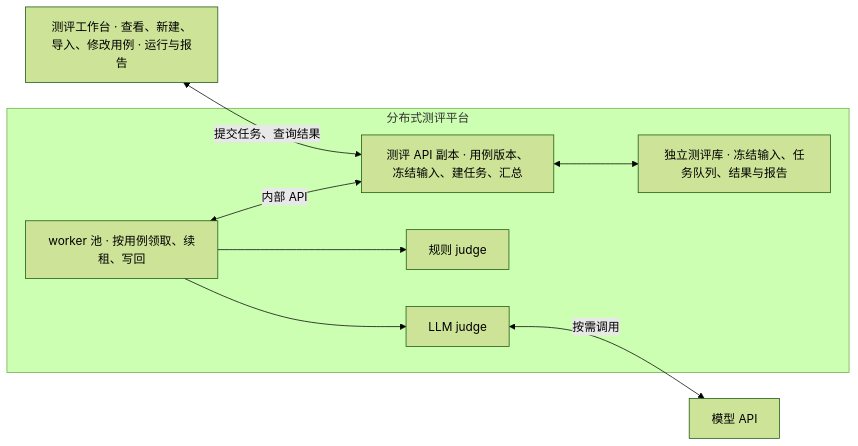
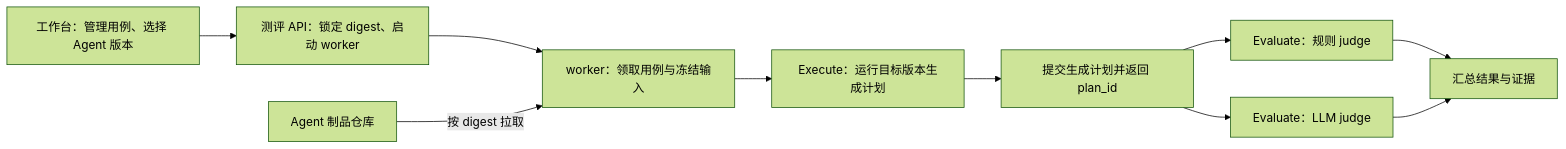
Before and after one commit to zhaochy1990/running: the first of 2 diagrams in docs/superpowers/specs/2026-11-23-offline-plan-eval.md, drawn with Mermaid (forest theme). The commit also changed other lines of this file and 1 other file, not shown here.

Commit message:
docs: 按指定 Coach Agent 版本执行生成后再进行双路评分

````diff
--- a/docs/superpowers/specs/2026-11-23-offline-plan-eval.md
+++ b/docs/superpowers/specs/2026-11-23-offline-plan-eval.md
@@ -38,17 +30,12 @@
 ```mermaid
 flowchart LR
-    UI["测评工作台 · 查看、新建、导入、修改用例 · 运行与报告"]
-    subgraph EVAL["分布式测评平台"]
-      API["测评 API 副本 · 用例版本、冻结输入、建任务、汇总"]
-      DB["独立测评库 · 冻结输入、任务队列、结果与报告"]
-      W["worker 池 · 按用例领取、续租、写回"]
-      RULE["规则 judge"]
-      LLM["LLM judge"]
-      API <--> DB
-      W <-->|内部 API| API
-      W --> RULE
-      W --> LLM
-    end
-    UI <-->|提交任务、查询结果| API
-    LLM <-->|按需调用| MODEL["模型 API"]
+    UI["工作台：管理用例、选择 Agent 版本"] --> API["测评 API：锁定 digest、启动 worker"]
+    API --> W["worker：领取用例与冻结输入"]
+    REG["Agent 制品仓库"] -->|按 digest 拉取| W
+    W --> EX["Execute：运行目标版本生成计划"]
+    EX --> STORE["提交生成计划并返回 plan_id"]
+    STORE --> RULE["Evaluate：规则 judge"]
+    STORE --> LLM["Evaluate：LLM judge"]
+    RULE --> REP["汇总结果与证据"]
+    LLM --> REP
 ```
````
